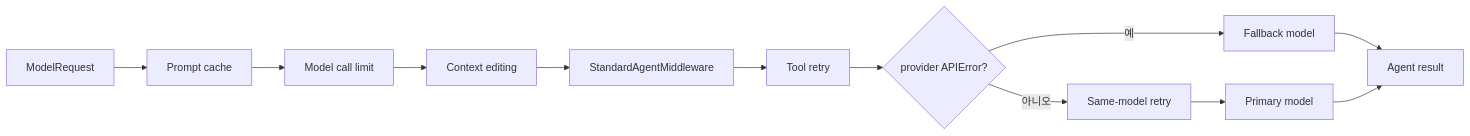
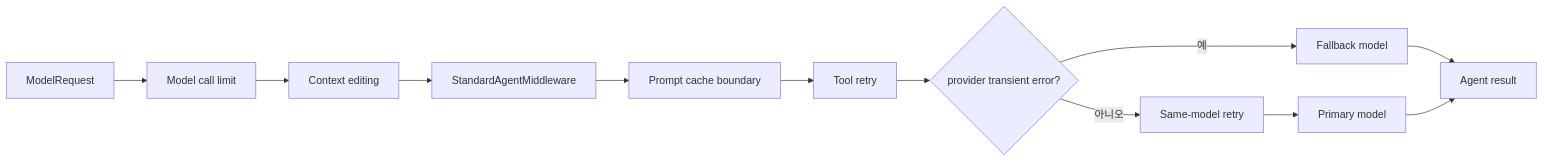
Before and after one commit to agent-tracer/tracer-agent-python: the fourth of 7 diagrams in src/tracer_agent/worker/agents/README.md, drawn with Mermaid. The commit also changed other lines of this file and 1 other file, not shown here.

````diff
--- a/src/tracer_agent/worker/agents/README.md
+++ b/src/tracer_agent/worker/agents/README.md
@@ -117,14 +117,14 @@
 ```mermaid
 flowchart LR
-    REQ[ModelRequest] --> CACHE[Prompt cache]
-    CACHE --> LIMIT[Model call limit]
+    REQ[ModelRequest] --> LIMIT[Model call limit]
     LIMIT --> EDIT[Context editing]
     EDIT --> STANDARD[StandardAgentMiddleware]
-    STANDARD --> TOOL_RETRY[Tool retry]
-    TOOL_RETRY --> FALLBACK{provider APIError?}
+    STANDARD --> CACHE[Prompt cache boundary]
+    CACHE --> TOOL_RETRY[Tool retry]
+    TOOL_RETRY --> FALLBACK{provider transient error?}
     FALLBACK -- 아니오 --> MODEL_RETRY[Same-model retry]
     FALLBACK -- 예 --> ALT[Fallback model]
     MODEL_RETRY --> PRIMARY[Primary model]
     ALT --> RESULT[Agent result]
     PRIMARY --> RESULT
 ```
````
